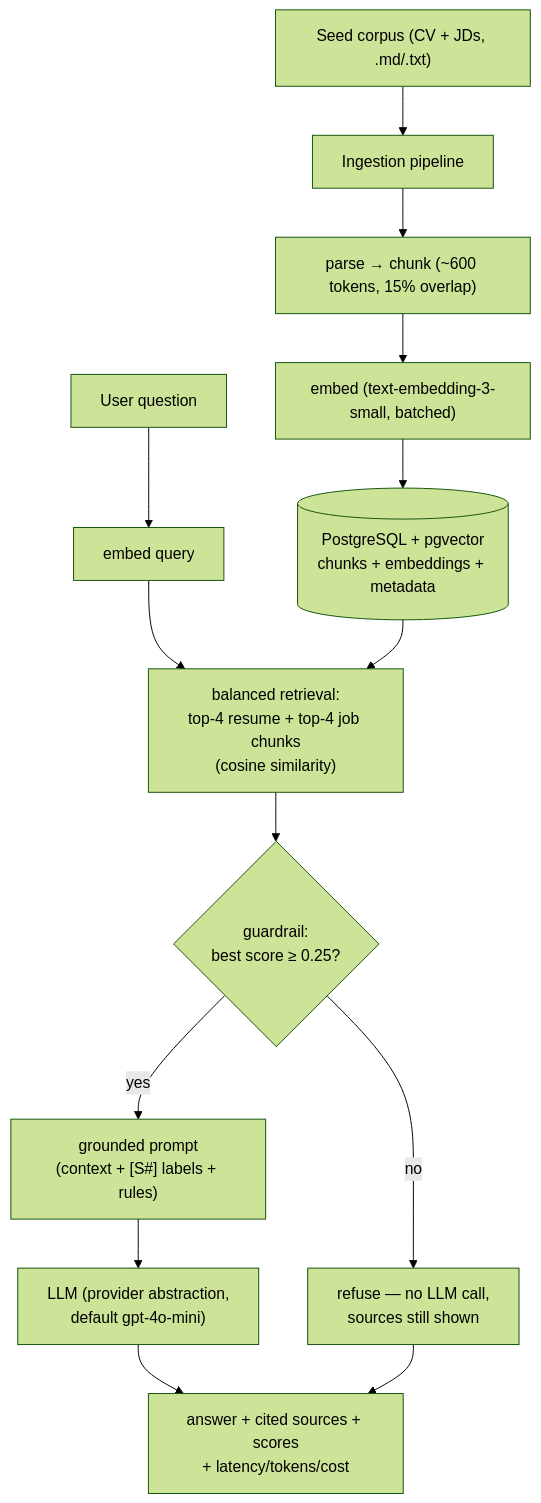
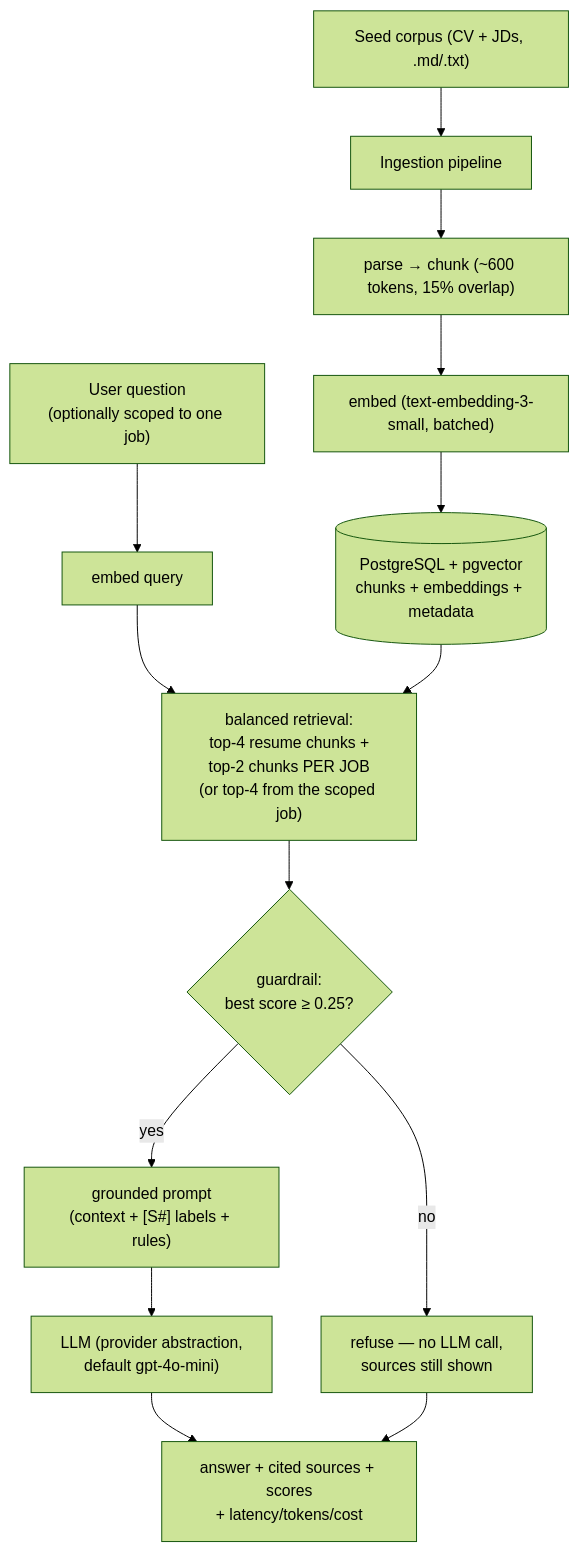
The diagram in README.md (sherifButt/career-intelligence), drawn with Mermaid (forest theme) before and after one commit. The commit also changed other lines of this file and 7 other files, not shown here.

Commit message:
feat: per-job retrieval budgets + job scope selector

````diff
--- a/README.md
+++ b/README.md
@@ -42,17 +42,17 @@
 ```mermaid
 flowchart TD
     A["Seed corpus (CV + JDs, .md/.txt)"] --> B[Ingestion pipeline]
     B --> B1["parse → chunk (~600 tokens, 15% overlap)"]
     B1 --> B2["embed (text-embedding-3-small, batched)"]
     B2 --> B3[("PostgreSQL + pgvector\nchunks + embeddings + metadata")]
 
-    Q[User question] --> E[embed query]
-    E --> R["balanced retrieval:\ntop-4 resume + top-4 job chunks\n(cosine similarity)"]
+    Q["User question\n(optionally scoped to one job)"] --> E[embed query]
+    E --> R["balanced retrieval:\ntop-4 resume chunks +\ntop-2 chunks PER JOB\n(or top-4 from the scoped job)"]
     B3 --> R
     R --> G{"guardrail:\nbest score ≥ 0.25?"}
     G -- no --> X["refuse — no LLM call,\nsources still shown"]
     G -- yes --> P["grounded prompt\n(context + [S#] labels + rules)"]
     P --> L["LLM (provider abstraction,\ndefault gpt-4o-mini)"]
     L --> UI["answer + cited sources + scores\n+ latency/tokens/cost"]
     X --> UI
 ```
````
